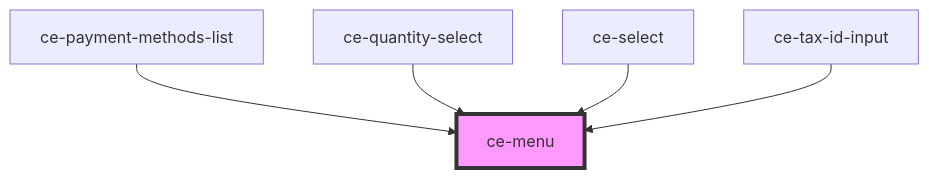
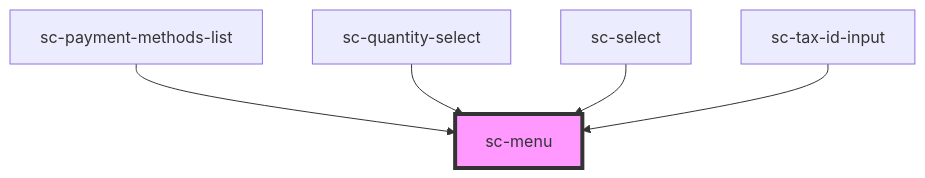
One commit to surecart/surecart-wp-plugin changed the diagram in packages/components/src/components/ui/menu/readme.md. Above: the diagram before and after it, drawn with Mermaid. The commit also changed other lines of this file and 1281 other files, not shown here.

````diff
--- a/packages/components/src/components/ui/menu/readme.md
+++ b/packages/components/src/components/ui/menu/readme.md
@@ -30,8 +30,8 @@
 ```mermaid
 graph TD;
-  ce-payment-methods-list --> ce-menu
-  ce-quantity-select --> ce-menu
-  ce-select --> ce-menu
-  ce-tax-id-input --> ce-menu
-  style ce-menu fill:#f9f,stroke:#333,stroke-width:4px
+  sc-payment-methods-list --> sc-menu
+  sc-quantity-select --> sc-menu
+  sc-select --> sc-menu
+  sc-tax-id-input --> sc-menu
+  style sc-menu fill:#f9f,stroke:#333,stroke-width:4px
 ```
````
